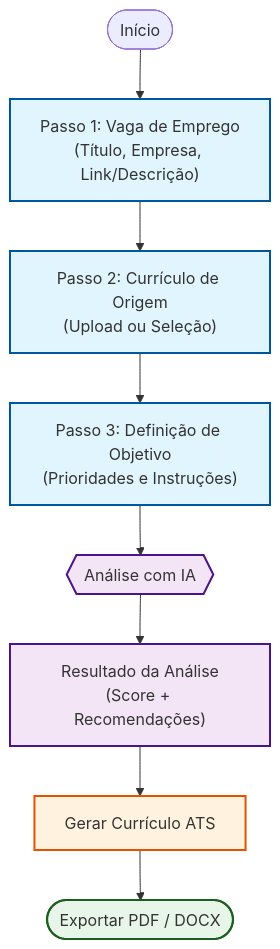
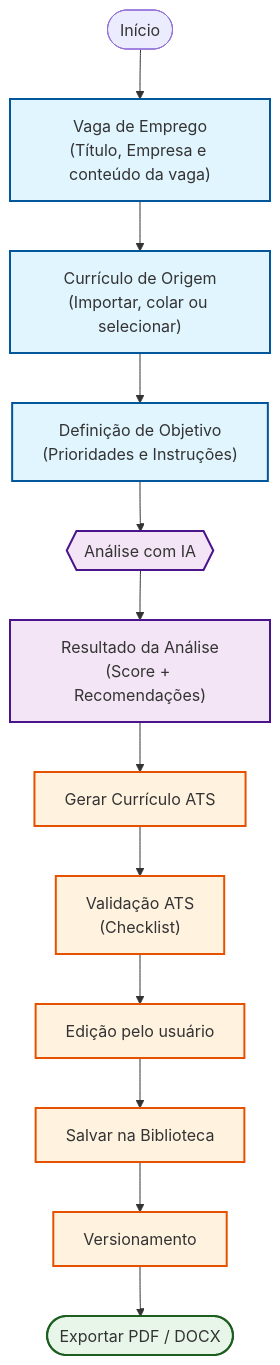
One commit to poliato2015-max/projeto-ia-lovable-curriculo-match-ats changed the diagram in README.md. Above: the diagram before and after it, drawn with Mermaid. The commit also changed other lines of this file, not shown here.

````diff
--- a/README.md
+++ b/README.md
@@ -69,32 +69,43 @@
 ```mermaid
 graph TD
-    %% Estilos visuais para o GitHub
+    %% Estilos visuais
     classDef entrada fill:#e1f5fe,stroke:#01579b,stroke-width:2px;
     classDef ia fill:#f3e5f5,stroke:#4a148c,stroke-width:2px;
     classDef acao fill:#fff3e0,stroke:#e65100,stroke-width:2px;
     classDef saida fill:#e8f5e9,stroke:#1b5e20,stroke-width:2px;
 
-    %% Fluxo Principal
-    Start([Início]) --> Passo1
-    
-    Passo1["Passo 1: Vaga de Emprego<br/>(Título, Empresa, Link/Descrição)"]:::entrada
-    Passo1 --> Passo2
-    
-    Passo2["Passo 2: Currículo de Origem<br/>(Upload ou Seleção)"]:::entrada
-    Passo2 --> Passo3
-    
-    Passo3["Passo 3: Definição de Objetivo<br/>(Prioridades e Instruções)"]:::entrada
-    Passo3 --> AnaliseIA
-    
+    %% Fluxo principal
+    Inicio([Início]) --> Vaga
+
+    Vaga["Vaga de Emprego<br/>(Título, Empresa e conteúdo da vaga)"]:::entrada
+    Vaga --> Curriculo
+
+    Curriculo["Currículo de Origem<br/>(Importar, colar ou selecionar)"]:::entrada
+    Curriculo --> Objetivo
+
+    Objetivo["Definição de Objetivo<br/>(Prioridades e Instruções)"]:::entrada
+    Objetivo --> AnaliseIA
+
     AnaliseIA{{"Análise com IA"}}:::ia
     AnaliseIA --> Resultado
-    
+
     Resultado["Resultado da Análise<br/>(Score + Recomendações)"]:::ia
     Resultado --> GerarATS
-    
+
     GerarATS["Gerar Currículo ATS"]:::acao
-    GerarATS --> Exportacao
-    
+    GerarATS --> Validacao
+
+    Validacao["Validação ATS<br/>(Checklist)"]:::acao
+    Validacao --> Edicao
+
+    Edicao["Edição pelo usuário"]:::acao
+    Edicao --> Biblioteca
+
+    Biblioteca["Salvar na Biblioteca"]:::acao
+    Biblioteca --> Versionamento
+
+    Versionamento["Versionamento"]:::acao
+    Versionamento --> Exportacao
+
     Exportacao(["Exportar PDF / DOCX"]):::saida
-
 ```
````
